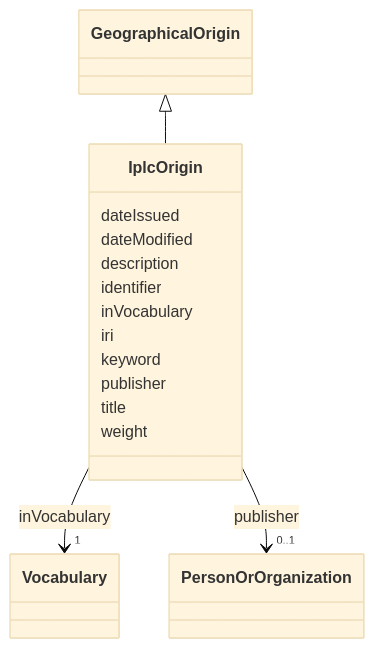
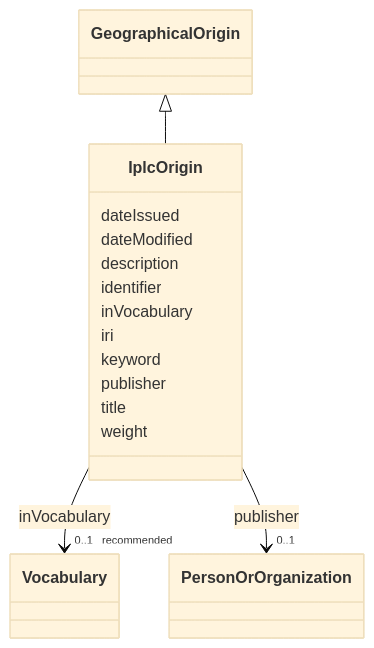
Before and after one commit to EVORA-project/evora-ontology: the diagram in models/docs/IplcOrigin.md, drawn with Mermaid (base theme). The commit also changed other lines of this file and 307 other files, not shown here.

````diff
--- a/models/docs/IplcOrigin.md
+++ b/models/docs/IplcOrigin.md
@@ -19,43 +19,43 @@
 ```mermaid
  classDiagram
     class IplcOrigin
     click IplcOrigin href "../IplcOrigin"
       GeographicalOrigin <|-- IplcOrigin
         click GeographicalOrigin href "../GeographicalOrigin"
       
       IplcOrigin : dateIssued
         
       IplcOrigin : dateModified
         
       IplcOrigin : description
         
       IplcOrigin : identifier
         
       IplcOrigin : inVocabulary
         
           
     
     
-    IplcOrigin --> "1" Vocabulary : inVocabulary
+    IplcOrigin --> "0..1 _recommended_" Vocabulary : inVocabulary
     click Vocabulary href "../Vocabulary"
 
         
       IplcOrigin : iri
         
       IplcOrigin : keyword
         
       IplcOrigin : publisher
         
           
     
     
     IplcOrigin --> "0..1" PersonOrOrganization : publisher
     click PersonOrOrganization href "../PersonOrOrganization"
 
         
       IplcOrigin : title
         
       IplcOrigin : weight
         
       
 ```
````
